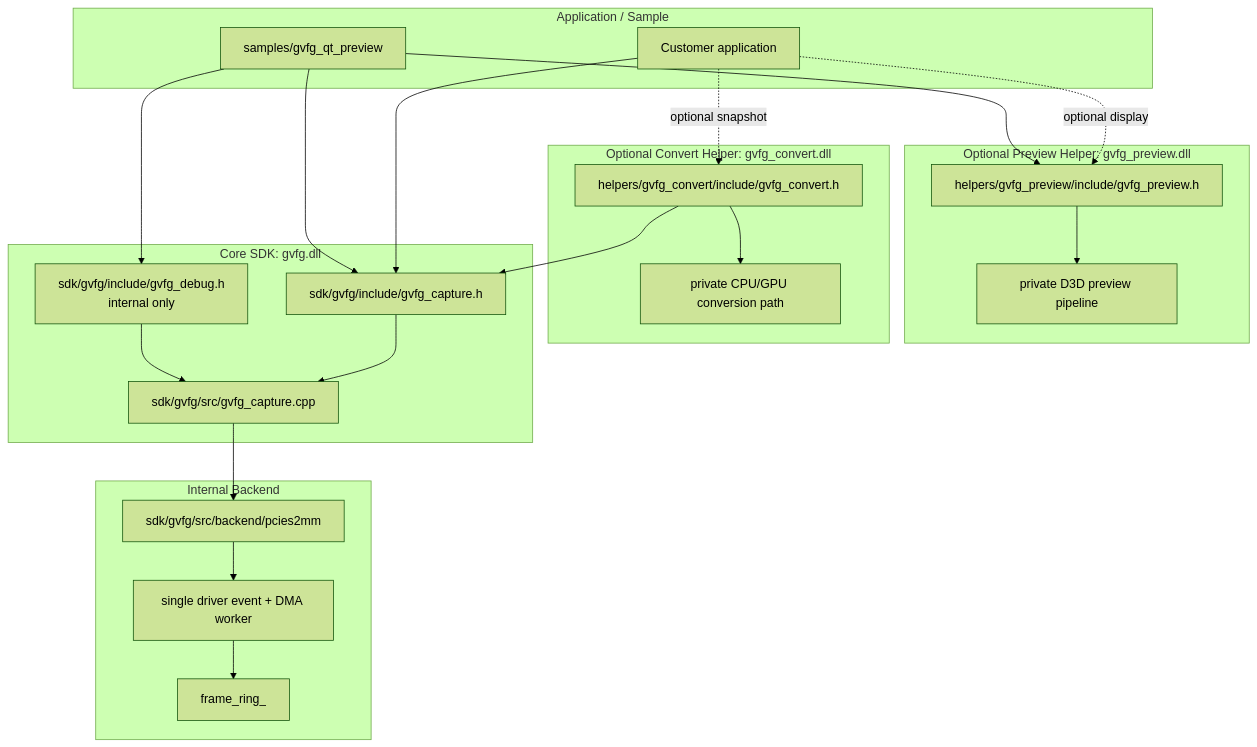
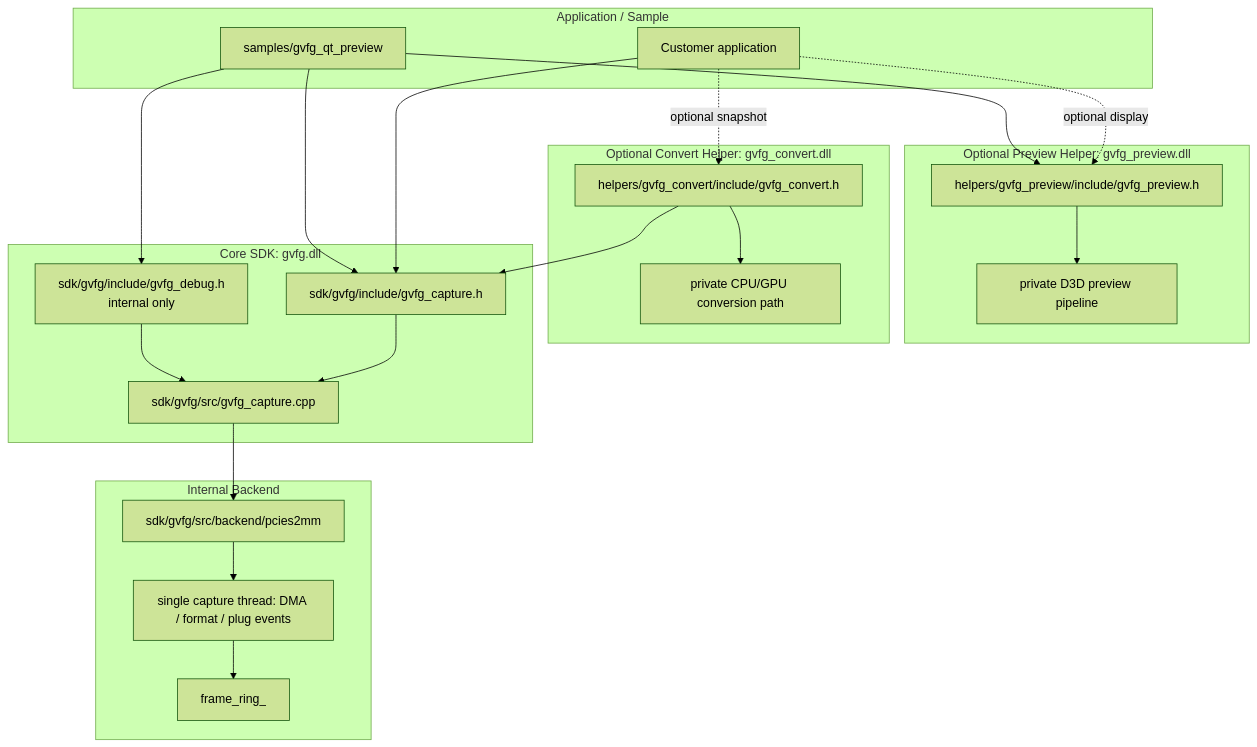
One commit to MarquezLin/GVFG_Standalone changed the diagram in docs/GVFG_INTERNAL_NOTES.md. Above: the diagram before and after it, drawn with Mermaid (forest theme). The commit also changed other lines of this file and 19 other files, not shown here.

````diff
--- a/docs/GVFG_INTERNAL_NOTES.md
+++ b/docs/GVFG_INTERNAL_NOTES.md
@@ -61,44 +61,44 @@
 ```mermaid
 flowchart TD
     subgraph App["Application / Sample"]
         QtApp["samples/gvfg_qt_preview"]
         CustomerApp["Customer application"]
     end
 
     subgraph Preview["Optional Preview Helper: gvfg_preview.dll"]
         PreviewApi["helpers/gvfg_preview/include/gvfg_preview.h"]
         PreviewPipe["private D3D preview pipeline"]
     end
 
     subgraph Convert["Optional Convert Helper: gvfg_convert.dll"]
         ConvertApi["helpers/gvfg_convert/include/gvfg_convert.h"]
         ConvertPipe["private CPU/GPU conversion path"]
     end
 
     subgraph SDK["Core SDK: gvfg.dll"]
         CaptureApi["sdk/gvfg/include/gvfg_capture.h"]
         DebugApi["sdk/gvfg/include/gvfg_debug.h\ninternal only"]
         Facade["sdk/gvfg/src/gvfg_capture.cpp"]
     end
 
     subgraph Backend["Internal Backend"]
         PcieS2mm["sdk/gvfg/src/backend/pcies2mm"]
         Ring["frame_ring_"]
-        Workers["single driver event + DMA worker"]
+        Workers["single capture thread: DMA / format / plug events"]
     end
 
     CustomerApp --> CaptureApi
     CustomerApp -. optional display .-> PreviewApi
     CustomerApp -. optional snapshot .-> ConvertApi
     QtApp --> CaptureApi
     QtApp --> DebugApi
     QtApp --> PreviewApi
     PreviewApi --> PreviewPipe
     ConvertApi --> ConvertPipe
     ConvertApi --> CaptureApi
     CaptureApi --> Facade
     DebugApi --> Facade
     Facade --> PcieS2mm
     PcieS2mm --> Workers
     Workers --> Ring
 ```
````
